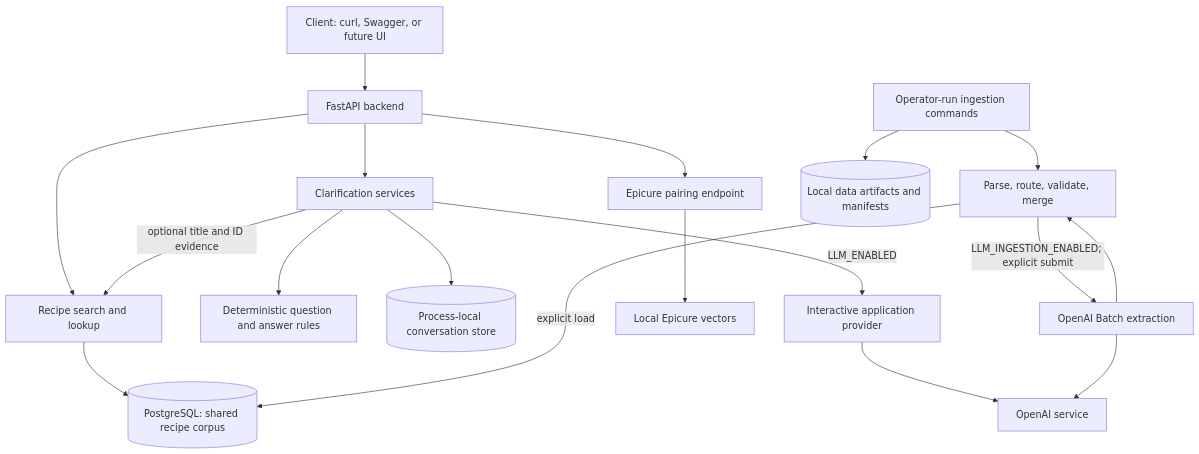
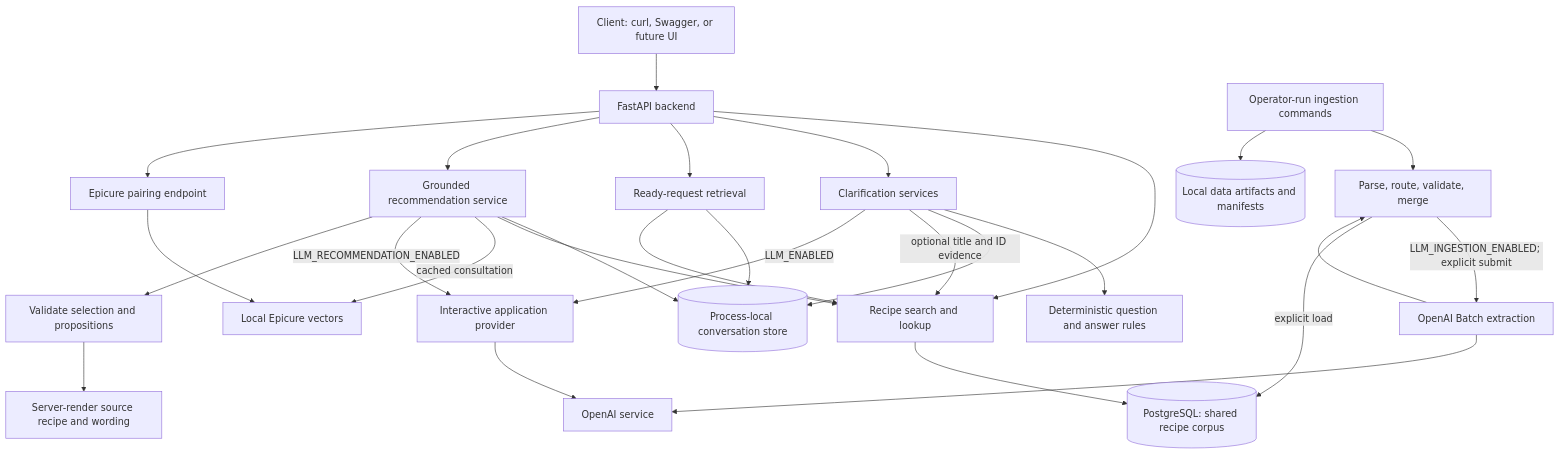
Before and after one commit to fssonca/culinary-copilot: the first of 2 diagrams in docs/architecture/README.md, drawn with Mermaid. The commit also changed other lines of this file and 47 other files, not shown here.

````diff
--- a/docs/architecture/README.md
+++ b/docs/architecture/README.md
@@ -22,20 +28,30 @@
 ```mermaid
 flowchart TB
     Client["Client: curl, Swagger, or future UI"] --> API["FastAPI backend"]
     API --> Recipes["Recipe search and lookup"]
     Recipes --> PG[("PostgreSQL: shared recipe corpus")]
     API --> Clarify["Clarification services"]
     Clarify --> Rules["Deterministic question and answer rules"]
     Clarify --> Memory[("Process-local conversation store")]
     Clarify -->|"optional title and ID evidence"| Recipes
     Clarify -->|"LLM_ENABLED"| AppLLM["Interactive application provider"]
     AppLLM --> OpenAI["OpenAI service"]
+    API --> Retrieval["Ready-request retrieval"]
+    Retrieval --> Memory
+    Retrieval --> Recipes
+    API --> Recommend["Grounded recommendation service"]
+    Recommend --> Memory
+    Recommend --> Recipes
+    Recommend -->|"cached consultation"| Epicure
+    Recommend -->|"LLM_RECOMMENDATION_ENABLED"| AppLLM
+    Recommend --> Validation["Validate selection and propositions"]
+    Validation --> Render["Server-render source recipe and wording"]
     API --> Pairings["Epicure pairing endpoint"]
     Pairings --> Epicure["Local Epicure vectors"]
     CLI["Operator-run ingestion commands"] --> Parse["Parse, route, validate, merge"]
     Parse -->|"LLM_INGESTION_ENABLED; explicit submit"| Batch["OpenAI Batch extraction"]
     Batch --> OpenAI
     Batch --> Parse
     Parse -->|"explicit load"| PG
     CLI --> Artifacts[("Local data artifacts and manifests")]
 ```
````
